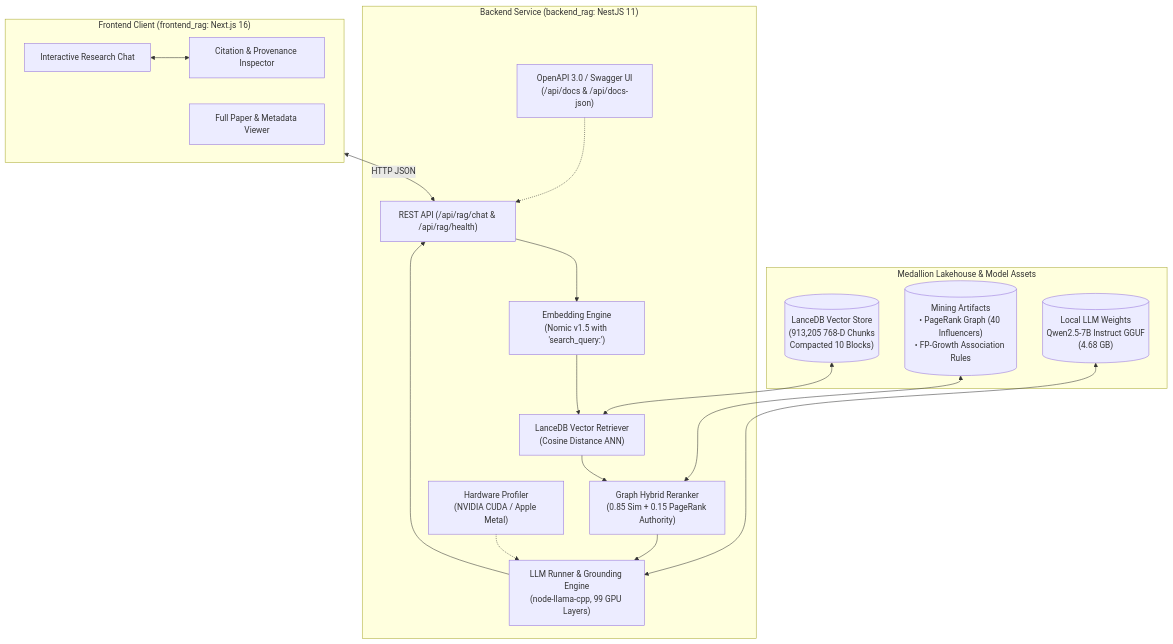
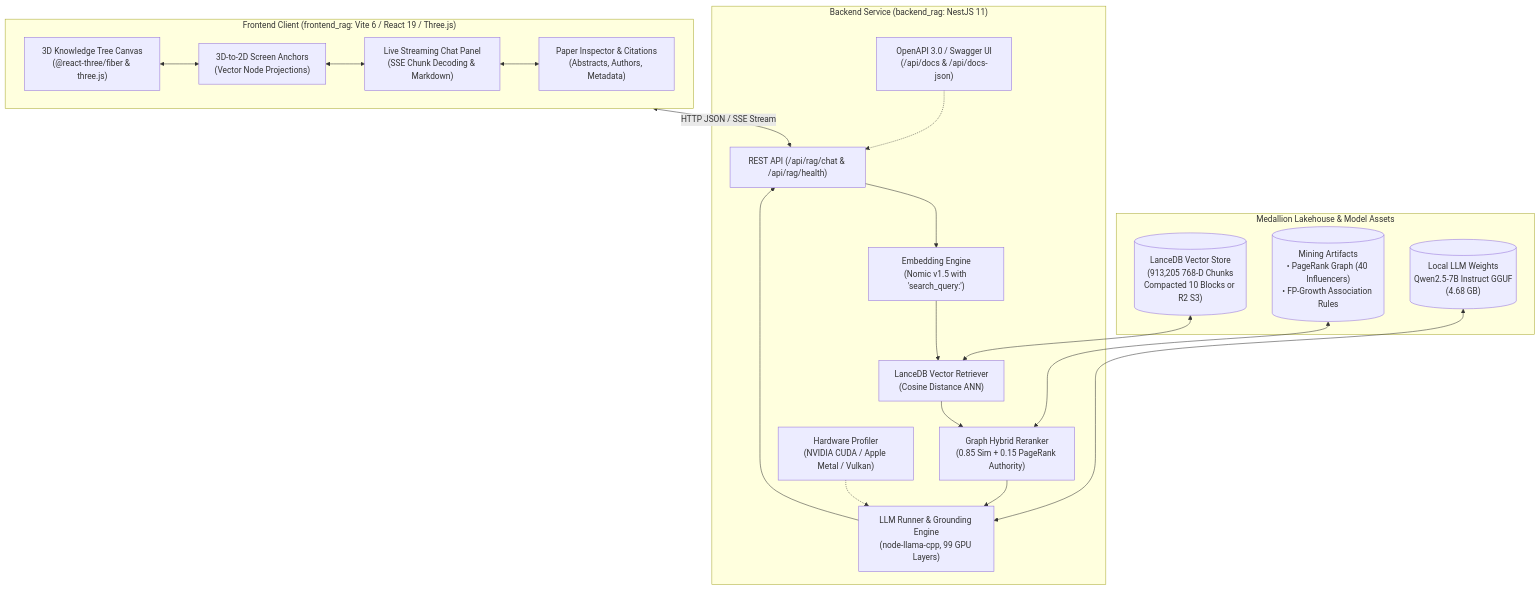
The diagram in README.md (QuangManhAI/RAG_TS), drawn with Mermaid before and after one commit. The commit also changed other lines of this file, not shown here.

First line of the commit message:
docs(readme): add comprehensive Windows execution guide and Vite 3D frontend docs

````diff
--- a/README.md
+++ b/README.md
@@ -16,35 +28,36 @@
 ```mermaid
 flowchart TD
     subgraph DATA_TIER["Medallion Lakehouse & Model Assets"]
-        GoldLance[("LanceDB Vector Store\n(913,205 768-D Chunks\nCompacted 10 Blocks)")]
+        GoldLance[("LanceDB Vector Store\n(913,205 768-D Chunks\nCompacted 10 Blocks or R2 S3)")]
         GoldMining[("Mining Artifacts\n• PageRank Graph (40 Influencers)\n• FP-Growth Association Rules")]
         ModelStore[("Local LLM Weights\nQwen2.5-7B Instruct GGUF\n(4.68 GB)")]
     end
 
     subgraph BACKEND["Backend Service (backend_rag: NestJS 11)"]
         Swagger["OpenAPI 3.0 / Swagger UI\n(/api/docs & /api/docs-json)"]
         Embedder["Embedding Engine\n(Nomic v1.5 with 'search_query:')"]
         Retriever["LanceDB Vector Retriever\n(Cosine Distance ANN)"]
         Reranker["Graph Hybrid Reranker\n(0.85 Sim + 0.15 PageRank Authority)"]
-        GpuDetector["Hardware Profiler\n(NVIDIA CUDA / Apple Metal)"]
+        GpuDetector["Hardware Profiler\n(NVIDIA CUDA / Apple Metal / Vulkan)"]
         LLMInference["LLM Runner & Grounding Engine\n(node-llama-cpp, 99 GPU Layers)"]
         RagController["REST API (/api/rag/chat & /api/rag/health)"]
 
         RagController --> Embedder --> Retriever --> Reranker --> LLMInference --> RagController
         Swagger -.-> RagController
         GpuDetector -.-> LLMInference
     end
 
-    subgraph FRONTEND["Frontend Client (frontend_rag: Next.js 16)"]
-        ChatUI["Interactive Research Chat"]
-        CitationView["Citation & Provenance Inspector"]
-        PaperPreview["Full Paper & Metadata Viewer"]
+    subgraph FRONTEND["Frontend Client (frontend_rag: Vite 6 / React 19 / Three.js)"]
+        TreeCanvas["3D Knowledge Tree Canvas\n(@react-three/fiber & three.js)"]
+        Anchors["3D-to-2D Screen Anchors\n(Vector Node Projections)"]
+        ChatUI["Live Streaming Chat Panel\n(SSE Chunk Decoding & Markdown)"]
+        PaperView["Paper Inspector & Citations\n(Abstracts, Authors, Metadata)"]
 
-        ChatUI <--> CitationView
+        TreeCanvas <--> Anchors <--> ChatUI <--> PaperView
     end
 
     GoldLance <--> Retriever
     GoldMining <--> Reranker
     ModelStore <--> LLMInference
-    FRONTEND <-->|"HTTP JSON"| RagController
+    FRONTEND <-->|"HTTP JSON / SSE Stream"| RagController
 ```
````
